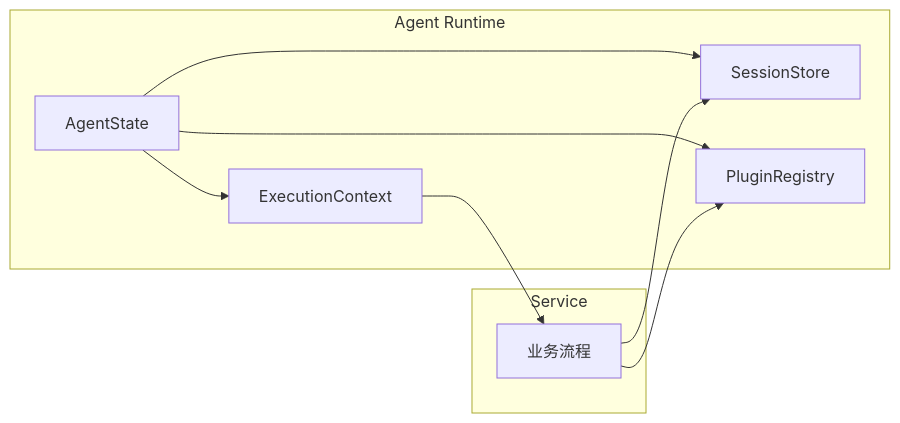
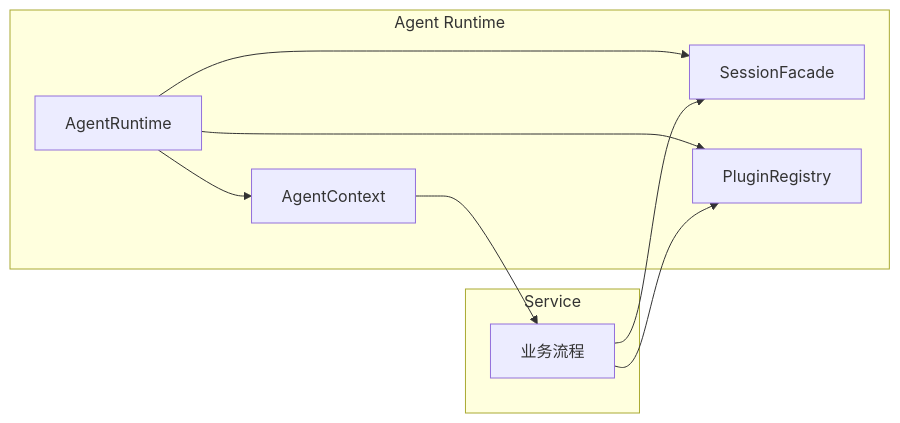
The first of 2 diagrams in homepage/content/devdocs/zh/services/service-principles.mdx (wangenius/downcity), drawn with Mermaid before and after one commit. The commit also changed other lines of this file and 419 other files, not shown here.

````diff
--- a/homepage/content/devdocs/zh/services/service-principles.mdx
+++ b/homepage/content/devdocs/zh/services/service-principles.mdx
@@ -92,20 +92,20 @@
 ```mermaid
 flowchart LR
   subgraph Agent["Agent Runtime"]
-    A1["AgentState"]
-    A2["ExecutionContext"]
-    A3["SessionStore"]
+    A1["AgentRuntime"]
+    A2["AgentContext"]
+    A3["SessionFacade"]
     A4["PluginRegistry"]
   end
 
   subgraph Service["Service"]
     S1["业务流程"]
   end
 
   A1 --> A2
   A1 --> A3
   A1 --> A4
   A2 --> S1
   S1 --> A3
   S1 --> A4
 ```
````
